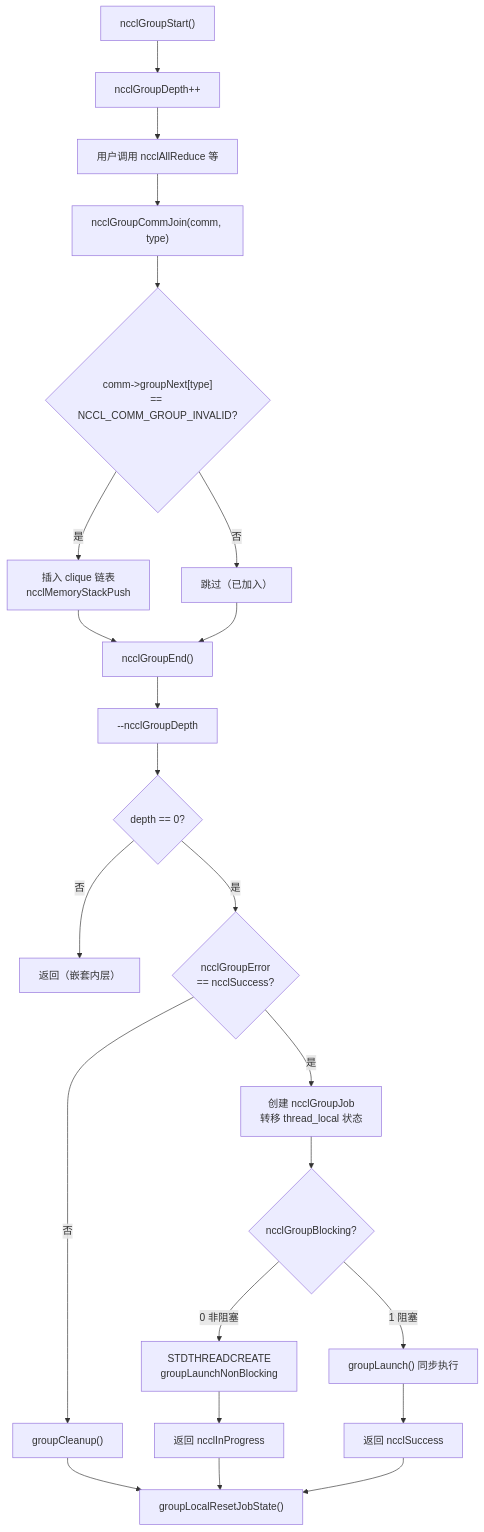
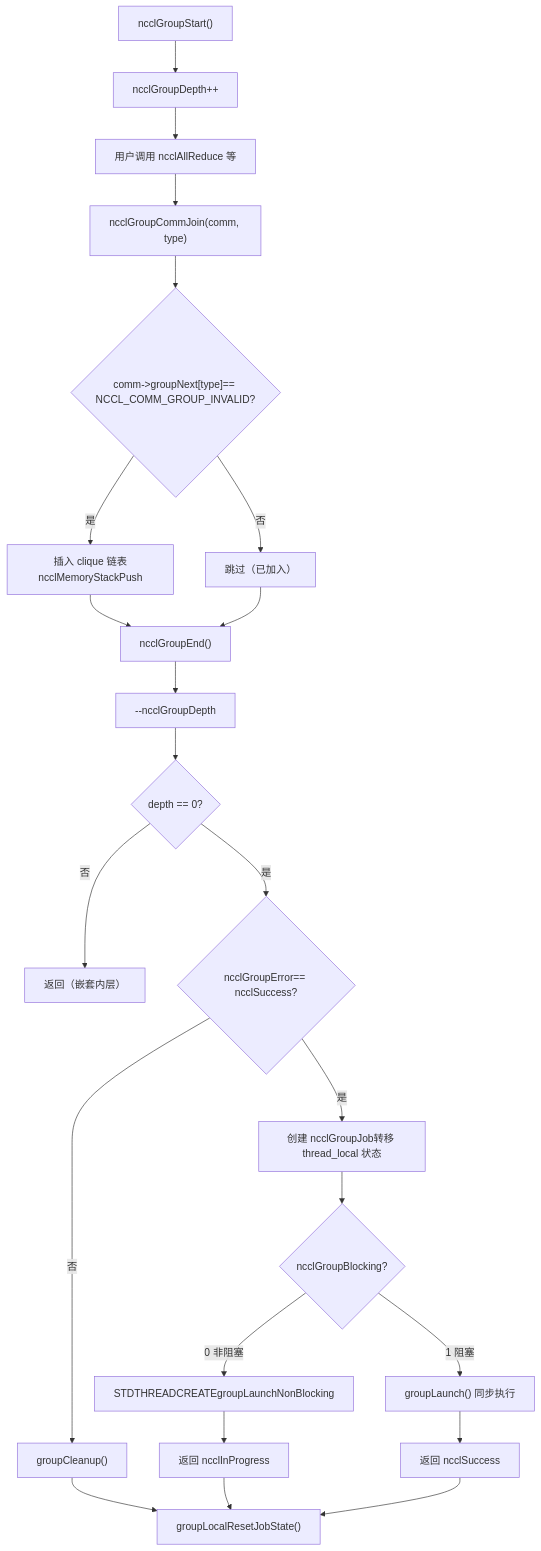
One commit to maleRjc/AiReadCodeBooks changed the first of 2 diagrams in books/nccl/en/07-task-scheduler-and-channels.md. Above: the diagram before and after it, drawn with Mermaid. The commit also changed other lines of this file and 80 other files, not shown here.

````diff
--- a/books/nccl/en/07-task-scheduler-and-channels.md
+++ b/books/nccl/en/07-task-scheduler-and-channels.md
@@ -426,25 +420,25 @@
 ```mermaid
 flowchart TD
     gs["ncclGroupStart()"] --> depth_inc["ncclGroupDepth++"]
     depth_inc --> api_calls["用户调用 ncclAllReduce 等"]
     api_calls --> join["ncclGroupCommJoin(comm, type)"]
-    join --> check_dup{"comm->groupNext[type]<br/>== NCCL_COMM_GROUP_INVALID?"}
-    check_dup -->|是| insert["插入 clique 链表<br/>ncclMemoryStackPush"]
+    join --> check_dup{"comm->groupNext[type]== NCCL_COMM_GROUP_INVALID?"}
+    check_dup -->|是| insert["插入 clique 链表ncclMemoryStackPush"]
     check_dup -->|否| skip["跳过（已加入）"]
     insert --> ge["ncclGroupEnd()"]
     skip --> ge
     ge --> depth_dec["--ncclGroupDepth"]
     depth_dec --> depth_zero{"depth == 0?"}
     depth_zero -->|否| ret_early["返回（嵌套内层）"]
-    depth_zero -->|是| check_err{"ncclGroupError<br/>== ncclSuccess?"}
+    depth_zero -->|是| check_err{"ncclGroupError== ncclSuccess?"}
     check_err -->|否| fail_cleanup["groupCleanup()"]
-    check_err -->|是| create_job["创建 ncclGroupJob<br/>转移 thread_local 状态"]
+    check_err -->|是| create_job["创建 ncclGroupJob转移 thread_local 状态"]
     create_job --> blocking{"ncclGroupBlocking?"}
-    blocking -->|0 非阻塞| spawn_thread["STDTHREADCREATE<br/>groupLaunchNonBlocking"]
+    blocking -->|0 非阻塞| spawn_thread["STDTHREADCREATEgroupLaunchNonBlocking"]
     blocking -->|1 阻塞| sync_launch["groupLaunch() 同步执行"]
     spawn_thread --> ret_progress["返回 ncclInProgress"]
     sync_launch --> ret_ok["返回 ncclSuccess"]
     fail_cleanup --> reset["groupLocalResetJobState()"]
     ret_progress --> reset
     ret_ok --> reset
 ```
````
